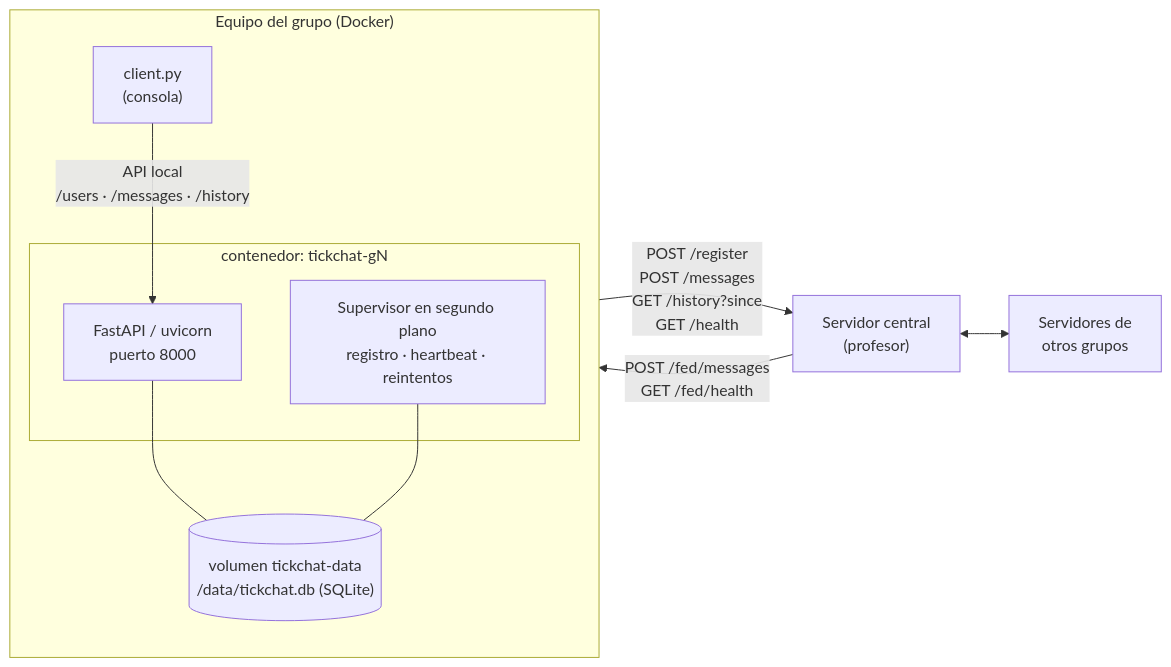
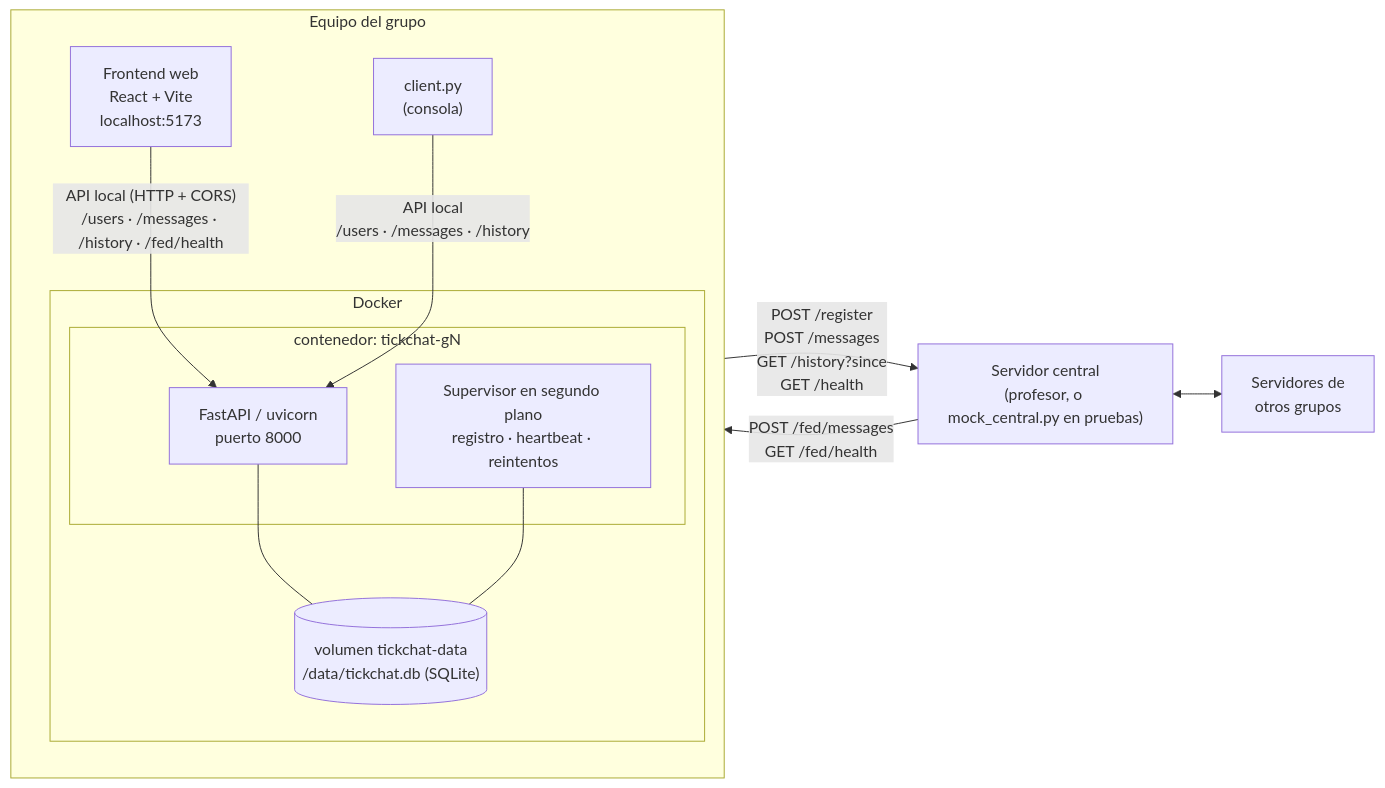
The diagram in README.md (arcibyte/tick-chat), drawn with Mermaid before and after one commit. The commit also changed other lines of this file, not shown here.

Commit message:
docs: documenta frontend web, mock central y experimento

````diff
--- a/README.md
+++ b/README.md
@@ -15,22 +18,26 @@
 ```mermaid
 flowchart LR
-    subgraph PC["Equipo del grupo (Docker)"]
+    subgraph PC["Equipo del grupo"]
         direction TB
+        WEB["Frontend web<br/>React + Vite<br/>localhost:5173"]
         CLI["client.py<br/>(consola)"]
-        subgraph CT["contenedor: tickchat-gN"]
-            API["FastAPI / uvicorn<br/>puerto 8000"]
-            SUP["Supervisor en segundo plano<br/>registro · heartbeat · reintentos"]
+        subgraph DK["Docker"]
+            subgraph CT["contenedor: tickchat-gN"]
+                API["FastAPI / uvicorn<br/>puerto 8000"]
+                SUP["Supervisor en segundo plano<br/>registro · heartbeat · reintentos"]
+            end
+            VOL[("volumen tickchat-data<br/>/data/tickchat.db (SQLite)")]
         end
-        VOL[("volumen tickchat-data<br/>/data/tickchat.db (SQLite)")]
+        WEB -- "API local (HTTP + CORS)<br/>/users · /messages · /history · /fed/health" --> API
         CLI -- "API local<br/>/users · /messages · /history" --> API
         API --- VOL
         SUP --- VOL
     end
 
-    CEN["Servidor central<br/>(profesor)"]
+    CEN["Servidor central<br/>(profesor, o mock_central.py en pruebas)"]
     OTROS["Servidores de<br/>otros grupos"]
 
     SUP -- "POST /register<br/>POST /messages<br/>GET /history?since<br/>GET /health" --> CEN
     CEN -- "POST /fed/messages<br/>GET /fed/health" --> API
     CEN <--> OTROS
 ```
````
